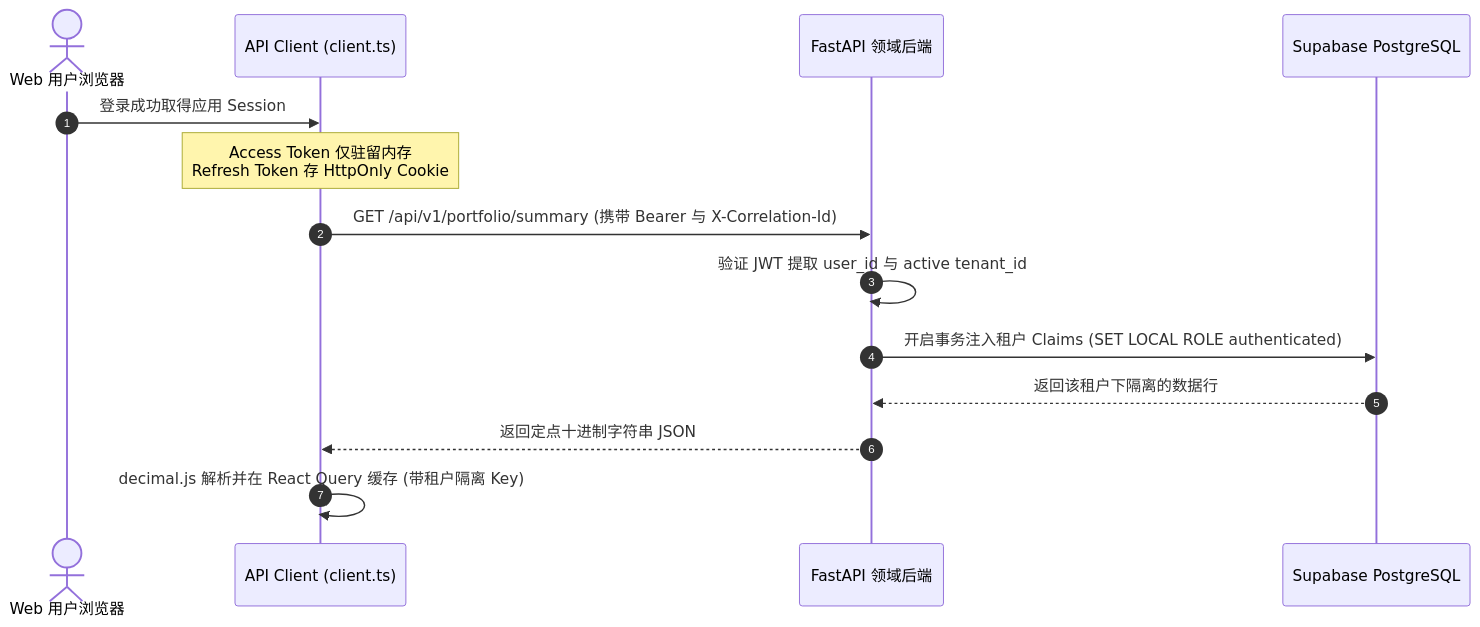
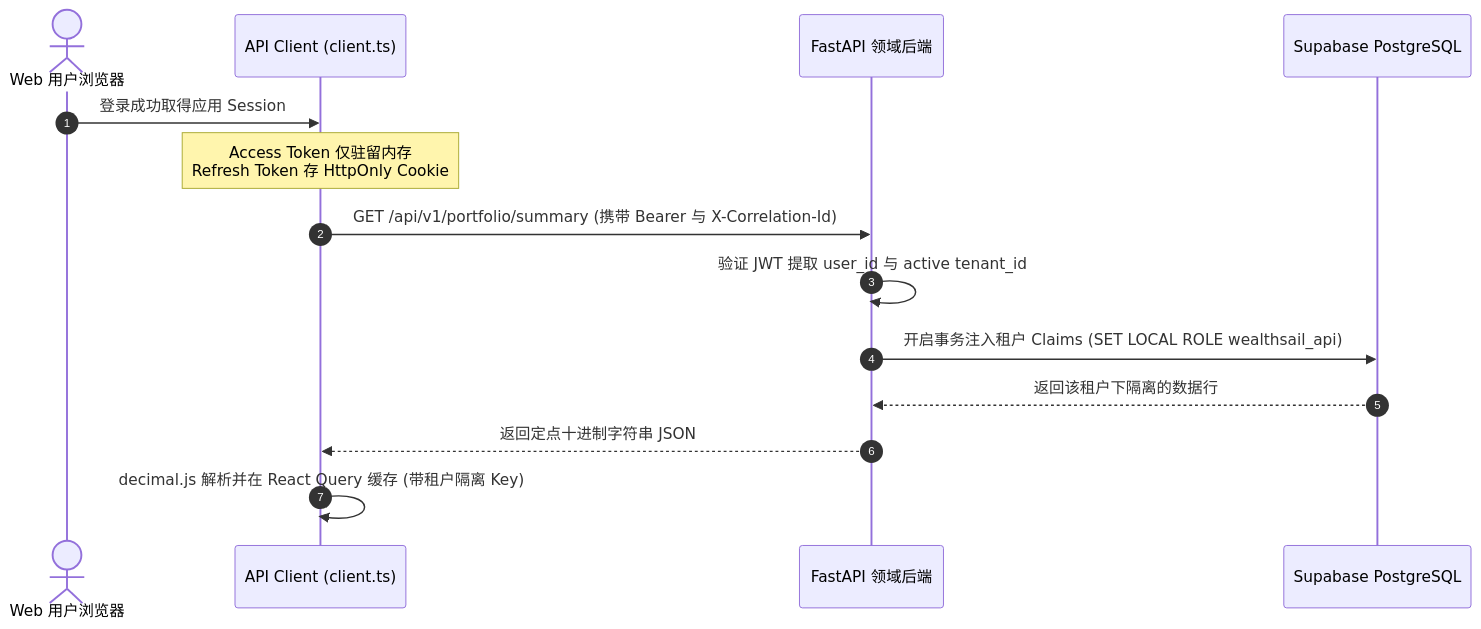
Before and after one commit to sinojelly/wealthsail: the fourth of 6 diagrams in docs/10.WealthSail-MVP前后端实现与系统部署规范.md, drawn with Mermaid. The commit also changed other lines of this file and 128 other files, not shown here.

````diff
--- a/docs/10.WealthSail-MVP前后端实现与系统部署规范.md
+++ b/docs/10.WealthSail-MVP前后端实现与系统部署规范.md
@@ -224,18 +227,18 @@
 ```mermaid
 sequenceDiagram
     autonumber
     actor User as Web 用户浏览器
     participant Client as API Client (client.ts)
     participant API as FastAPI 领域后端
     participant DB as Supabase PostgreSQL
 
     User->>Client: 登录成功取得应用 Session
     Note over Client: Access Token 仅驻留内存<br/>Refresh Token 存 HttpOnly Cookie
     
     Client->>API: GET /api/v1/portfolio/summary (携带 Bearer 与 X-Correlation-Id)
     API->>API: 验证 JWT 提取 user_id 与 active tenant_id
-    API->>DB: 开启事务注入租户 Claims (SET LOCAL ROLE authenticated)
+    API->>DB: 开启事务注入租户 Claims (SET LOCAL ROLE wealthsail_api)
     DB-->>API: 返回该租户下隔离的数据行
     API-->>Client: 返回定点十进制字符串 JSON
     Client->>Client: decimal.js 解析并在 React Query 缓存 (带租户隔离 Key)
 ```
````
